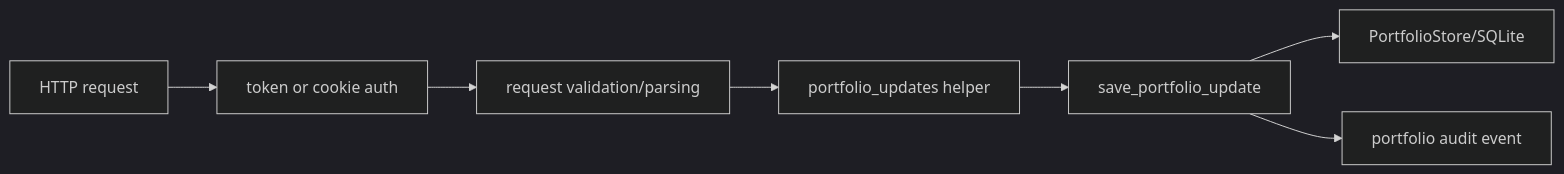
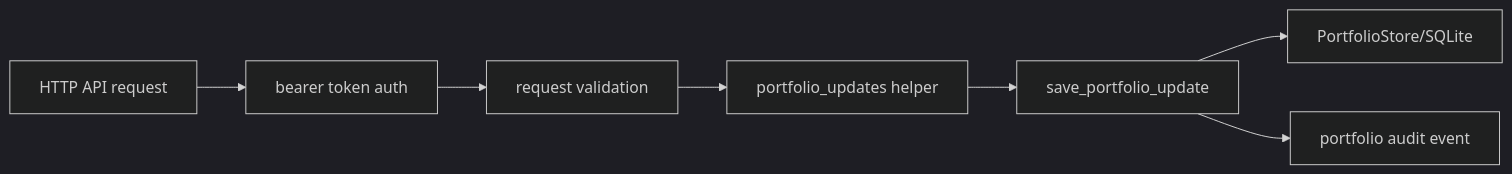
One commit to PooriaT/finwall changed the second of 5 diagrams in docs/architecture/overview.md. Above: the diagram before and after it, drawn with Mermaid (dark theme). The commit also changed other lines of this file and 32 other files, not shown here.

Commit message:
Refactor account flow and trim dead code

````diff
--- a/docs/architecture/overview.md
+++ b/docs/architecture/overview.md
@@ -116,9 +117,9 @@
 ```mermaid
 flowchart LR
-    A[HTTP request] --> B[token or cookie auth]
-    B --> C[request validation/parsing]
+    A[HTTP API request] --> B[bearer token auth]
+    B --> C[request validation]
     C --> D[portfolio_updates helper]
     D --> E[save_portfolio_update]
     E --> F[PortfolioStore/SQLite]
     E --> G[portfolio audit event]
 ```
````
